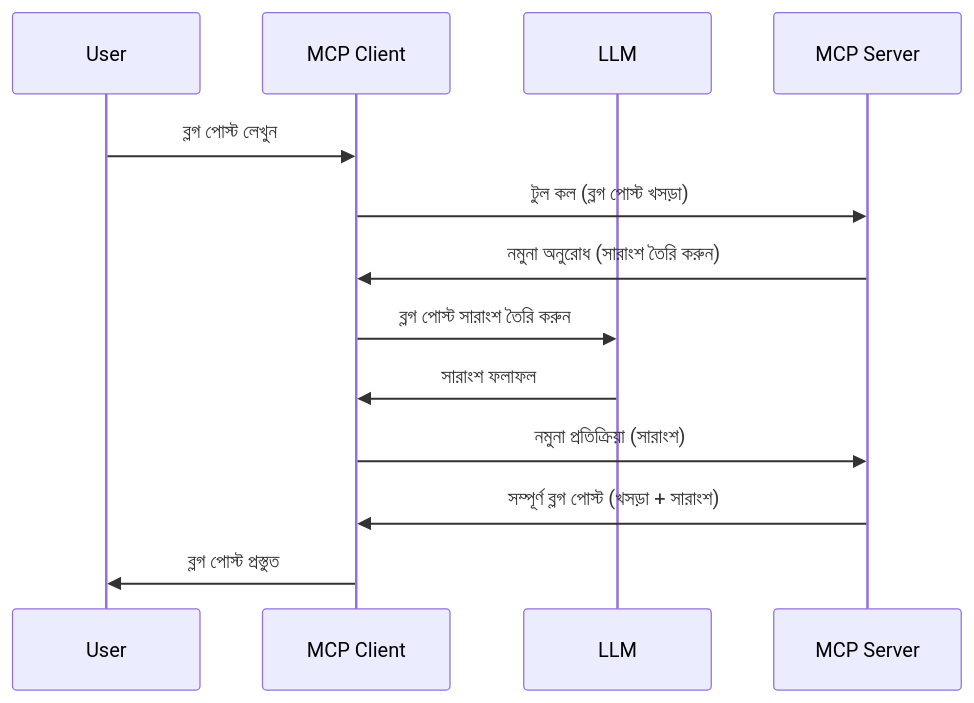
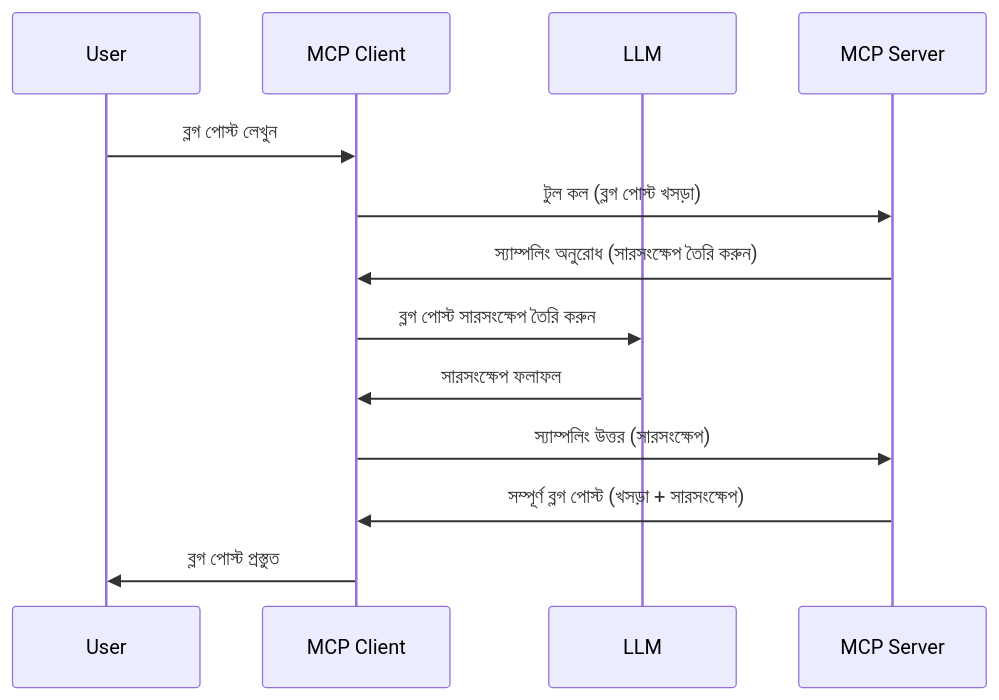
The diagram in mcp_ecosystem__model_context_protocol/mcp_learning_resources/mcp-for-beginners/translations/bn/03-GettingStarted/14-sampling/README.md (HIDORAKAI002/ai-workspace-archive), drawn with Mermaid before and after one commit. The commit also changed other lines of this file and 1539 other files, not shown here.

````diff
--- a/mcp_ecosystem__model_context_protocol/mcp_learning_resources/mcp-for-beginners/translations/bn/03-GettingStarted/14-sampling/README.md
+++ b/mcp_ecosystem__model_context_protocol/mcp_learning_resources/mcp-for-beginners/translations/bn/03-GettingStarted/14-sampling/README.md
@@ -23,16 +23,16 @@
 ```mermaid
 sequenceDiagram
     participant User
     participant MCP Client
     participant LLM
     participant MCP Server
 
     User->>MCP Client: ব্লগ পোস্ট লেখুন
-    MCP Client->>MCP Server: টুল কল (ব্লগ পোস্ট খসড়া)
-    MCP Server->>MCP Client: নমুনা অনুরোধ (সারাংশ তৈরি করুন)
-    MCP Client->>LLM: ব্লগ পোস্ট সারাংশ তৈরি করুন
-    LLM->>MCP Client: সারাংশ ফলাফল
-    MCP Client->>MCP Server: নমুনা প্রতিক্রিয়া (সারাংশ)
-    MCP Server->>MCP Client: সম্পূর্ণ ব্লগ পোস্ট (খসড়া + সারাংশ)
+    MCP Client->>MCP Server: টুল কল (ব্লগ পোস্ট খসড়া)
+    MCP Server->>MCP Client: স্যাম্পলিং অনুরোধ (সারসংক্ষেপ তৈরি করুন)
+    MCP Client->>LLM: ব্লগ পোস্ট সারসংক্ষেপ তৈরি করুন
+    LLM->>MCP Client: সারসংক্ষেপ ফলাফল
+    MCP Client->>MCP Server: স্যাম্পলিং উত্তর (সারসংক্ষেপ)
+    MCP Server->>MCP Client: সম্পূর্ণ ব্লগ পোস্ট (খসড়া + সারসংক্ষেপ)
     MCP Client->>User: ব্লগ পোস্ট প্রস্তুত
 ```
````
